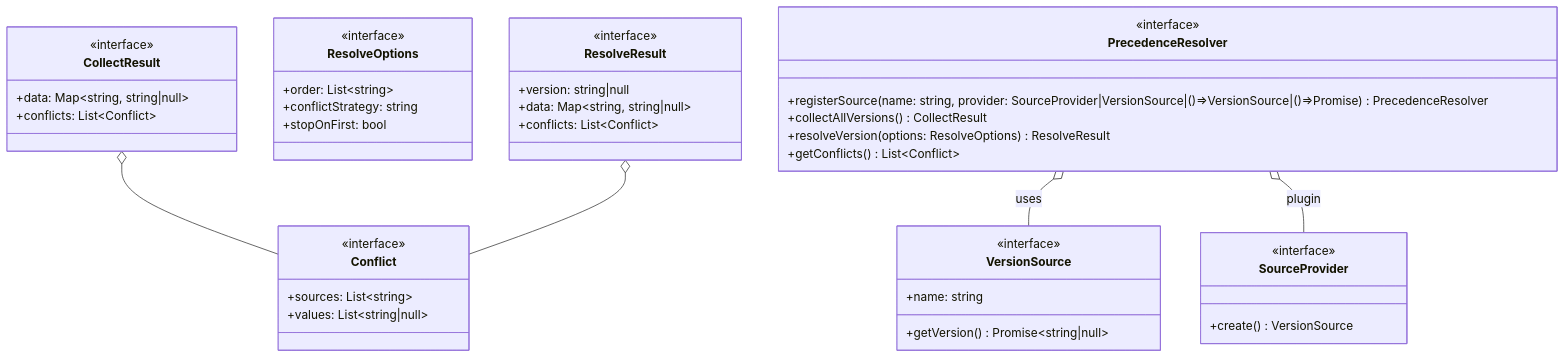
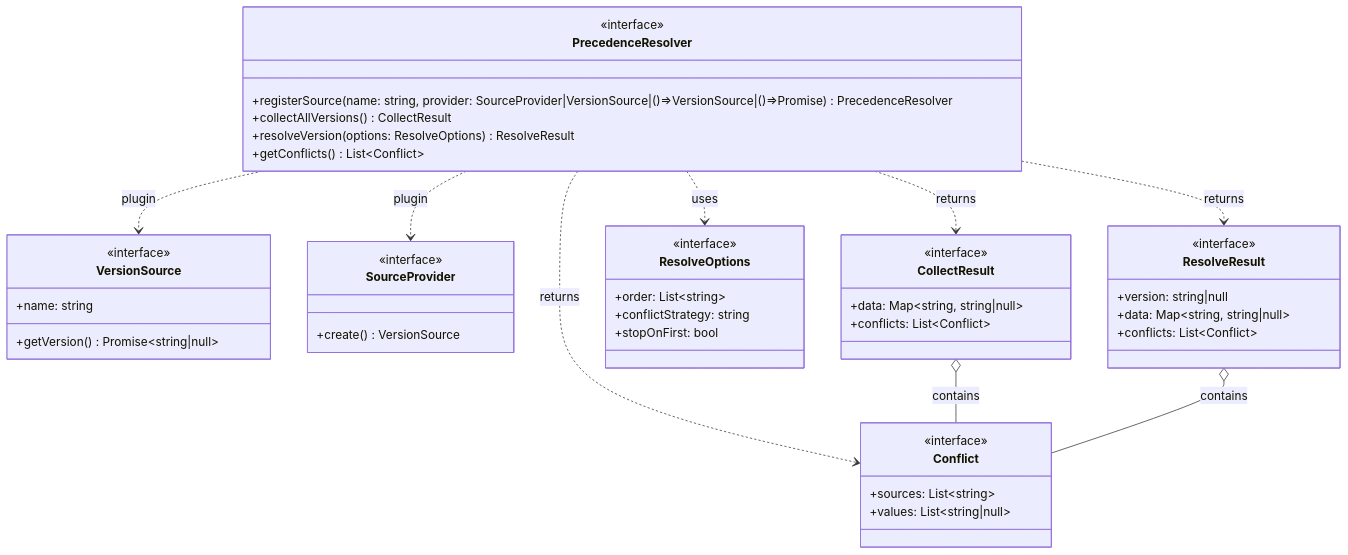
Before and after one commit to computerwwwizards/testing_utils: the diagram in packages/node-inferer/docs/precedence-resolver.md, drawn with Mermaid.

Commit message:
fix: relationships

````diff
--- a/packages/node-inferer/docs/precedence-resolver.md
+++ b/packages/node-inferer/docs/precedence-resolver.md
@@ -14,45 +14,49 @@
 ```mermaid
 classDiagram
     class VersionSource {
       <<interface>>
       +name: string
       +getVersion() Promise~string|null~
     }
     class SourceProvider {
       <<interface>>
       +create() VersionSource
     }
     class Conflict {
       <<interface>>
       +sources: List~string~
       +values: List~string|null~
     }
     class CollectResult {
       <<interface>>
       +data: Map~string, string|null~
       +conflicts: List~Conflict~
     }
     class ResolveOptions {
       <<interface>>
       +order: List~string~
       +conflictStrategy: string
       +stopOnFirst: bool
     }
     class ResolveResult {
       <<interface>>
       +version: string|null
       +data: Map~string, string|null~
       +conflicts: List~Conflict~
     }
     class PrecedenceResolver {
       <<interface>>
       +registerSource(name: string, provider: SourceProvider|VersionSource|()=>VersionSource|()=>Promise<VersionSource>) PrecedenceResolver
       +collectAllVersions() CollectResult
       +resolveVersion(options: ResolveOptions) ResolveResult
       +getConflicts() List~Conflict~
     }
-    PrecedenceResolver o-- VersionSource : uses
-    PrecedenceResolver o-- SourceProvider : plugin
-    CollectResult o-- Conflict
-    ResolveResult o-- Conflict
+  PrecedenceResolver ..> CollectResult : returns
+  PrecedenceResolver ..> ResolveResult : returns
+  PrecedenceResolver ..> Conflict : returns
+  PrecedenceResolver ..> SourceProvider : plugin
+  PrecedenceResolver ..> VersionSource : plugin
+  PrecedenceResolver ..> ResolveOptions : uses
+  CollectResult o-- Conflict : contains
+  ResolveResult o-- Conflict : contains
 ```
````
